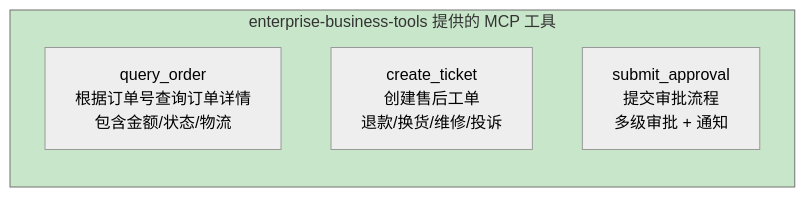
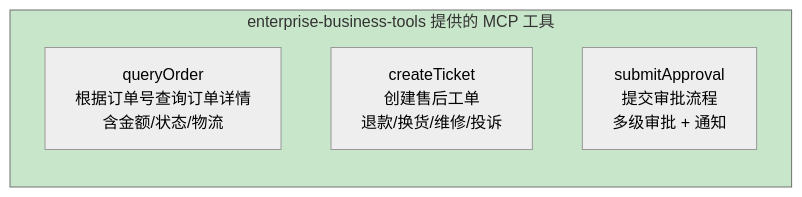
The first of 7 diagrams in docs/项目/03-MCP工具网关/03-迭代二-自定义MCP服务端.md (UranusGit/java-agent-learn), drawn with Mermaid (neutral theme) before and after one commit. The commit also changed other lines of this file and 206 other files, not shown here.

````diff
--- a/docs/项目/03-MCP工具网关/03-迭代二-自定义MCP服务端.md
+++ b/docs/项目/03-MCP工具网关/03-迭代二-自定义MCP服务端.md
@@ -101,10 +75,10 @@
 ```mermaid
 graph LR
     subgraph 自研工具["enterprise-business-tools 提供的 MCP 工具"]
-        T1["query_order<br/>根据订单号查询订单详情<br/>包含金额/状态/物流"]
-        T2["create_ticket<br/>创建售后工单<br/>退款/换货/维修/投诉"]
-        T3["submit_approval<br/>提交审批流程<br/>多级审批 + 通知"]
+        T1["queryOrder<br/>根据订单号查询订单详情<br/>含金额/状态/物流"]
+        T2["createTicket<br/>创建售后工单<br/>退款/换货/维修/投诉"]
+        T3["submitApproval<br/>提交审批流程<br/>多级审批 + 通知"]
     end
 
     style 自研工具 fill:#c8e6c9
 ```
````
